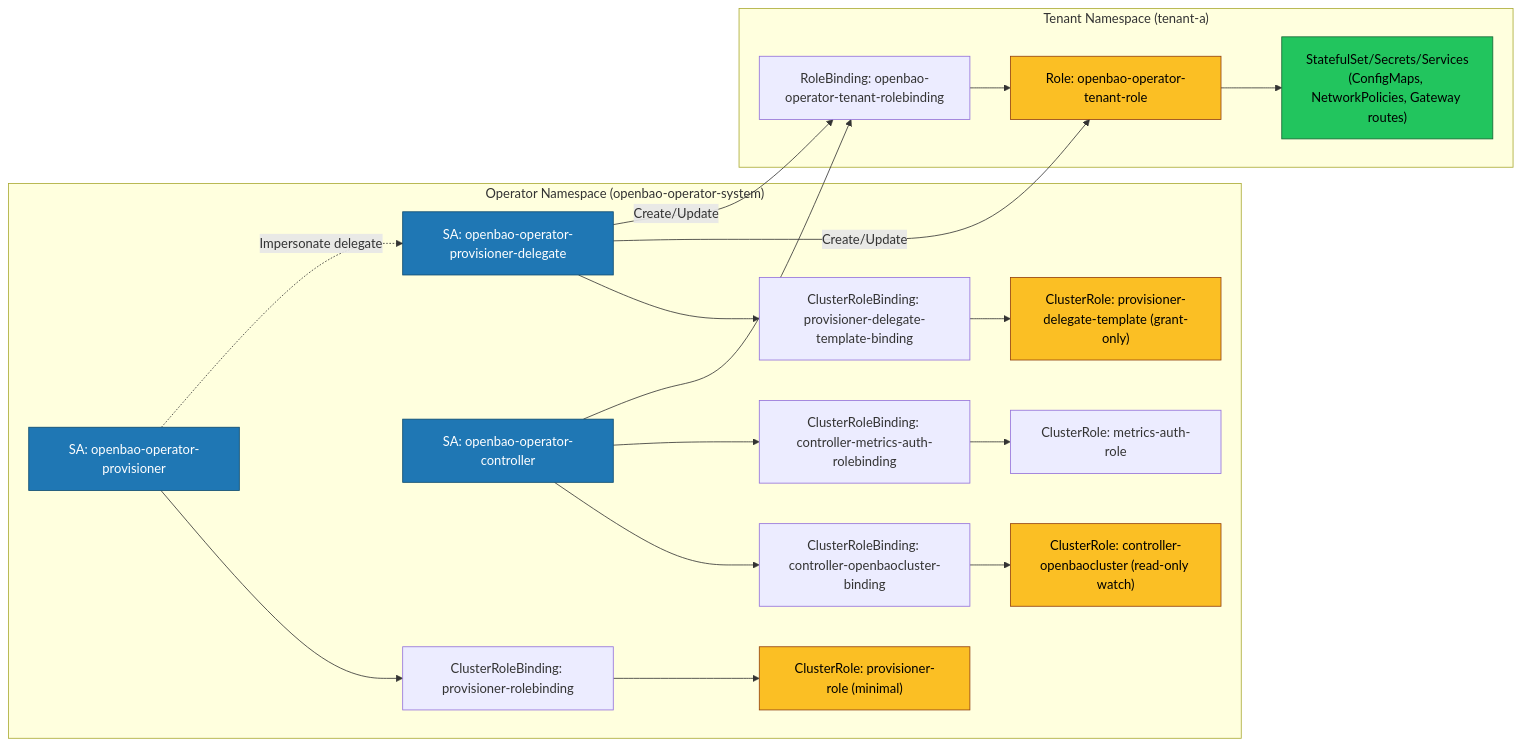
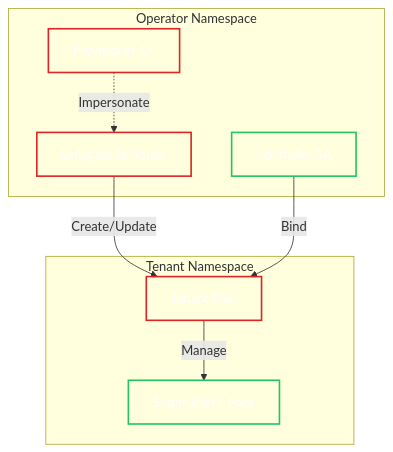
Before and after one commit to dc-tec/openbao-operator: the diagram in docs/security/infrastructure/rbac.md, drawn with Mermaid. The commit also changed other lines of this file and 75 other files, not shown here.

````diff
--- a/docs/security/infrastructure/rbac.md
+++ b/docs/security/infrastructure/rbac.md
@@ -37,47 +10,29 @@
 ```mermaid
-flowchart LR
-    subgraph OperatorNS["Operator Namespace (openbao-operator-system)"]
-        Psa["SA: openbao-operator-provisioner"]
-        Dsa["SA: openbao-operator-provisioner-delegate"]
-        Csa["SA: openbao-operator-controller"]
-        Pcr["ClusterRole: provisioner-role (minimal)"]
-        Ttmpl["ClusterRole: provisioner-delegate-template (grant-only)"]
-        Ccr["ClusterRole: controller-openbaocluster (read-only watch)"]
-        Mcr["ClusterRole: metrics-auth-role"]
-        Pcrb["ClusterRoleBinding: provisioner-rolebinding"]
-        Tbind["ClusterRoleBinding: provisioner-delegate-template-binding"]
-        Ccrb["ClusterRoleBinding: controller-openbaocluster-binding"]
-        Mcrb["ClusterRoleBinding: controller-metrics-auth-rolebinding"]
+flowchart TB
+    subgraph OperatorNS ["Operator Namespace"]
+        Prov["Provisioner SA"]
+        Ctrl["Controller SA"]
+        Tmpl["Delegate Template"]
     end
 
-    subgraph TenantNS["Tenant Namespace (tenant-a)"]
-        Trole["Role: openbao-operator-tenant-role"]
-        Troleb["RoleBinding: openbao-operator-tenant-rolebinding"]
-        BaoSts["StatefulSet/Secrets/Services\n(ConfigMaps, NetworkPolicies, Gateway routes)"]
+    subgraph TenantNS ["Tenant Namespace"]
+        TRole["Tenant Role"]
+        Workload["StatefulSet / Pods"]
     end
 
-    Psa --> Pcrb
-    Pcrb --> Pcr
-    Dsa --> Tbind
-    Tbind --> Ttmpl
+    %% Provisioner Flow
+    Prov -.->|"Impersonate"| Tmpl
+    Tmpl --"Create/Update"--> TRole
 
-    Csa --> Ccrb
-    Ccrb --> Ccr
-    Csa --> Mcrb
-    Mcrb --> Mcr
+    %% Controller Flow
+    Ctrl --"Bind"--> TRole
+    TRole --"Manage"--> Workload
 
-    Psa -.->|"Impersonate delegate"| Dsa
-    Dsa -->|"Create/Update"| Trole
-    Dsa -->|"Create/Update"| Troleb
-    Csa --> Troleb
-    Troleb --> Trole
-    Trole --> BaoSts
+    %% Styling
+    classDef security fill:transparent,stroke:#dc2626,stroke-width:2px,color:#fff;
+    classDef write fill:transparent,stroke:#22c55e,stroke-width:2px,color:#fff;
+    classDef read fill:transparent,stroke:#60a5fa,stroke-width:2px,color:#fff;
 
-    classDef sa fill:#1f77b4,stroke:#0c4a6e,color:#fff;
-    classDef role fill:#fbbf24,stroke:#92400e,color:#000;
-    classDef sts fill:#22c55e,stroke:#166534,color:#000;
-
-    class Psa,Dsa,Csa sa;
-    class Pcr,Ttmpl,Ccr,Trole role;
-    class BaoSts sts;
+    class Prov,Tmpl,TRole security;
+    class Ctrl,Workload write;
 ```
````
